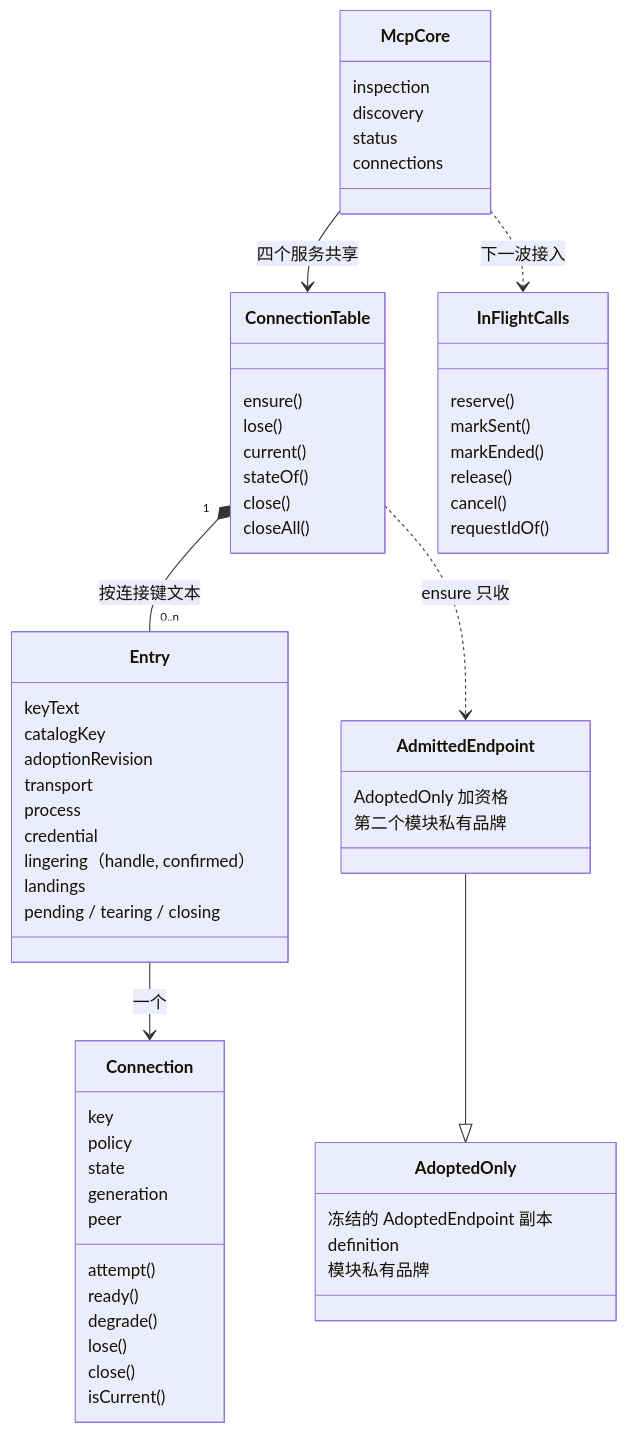
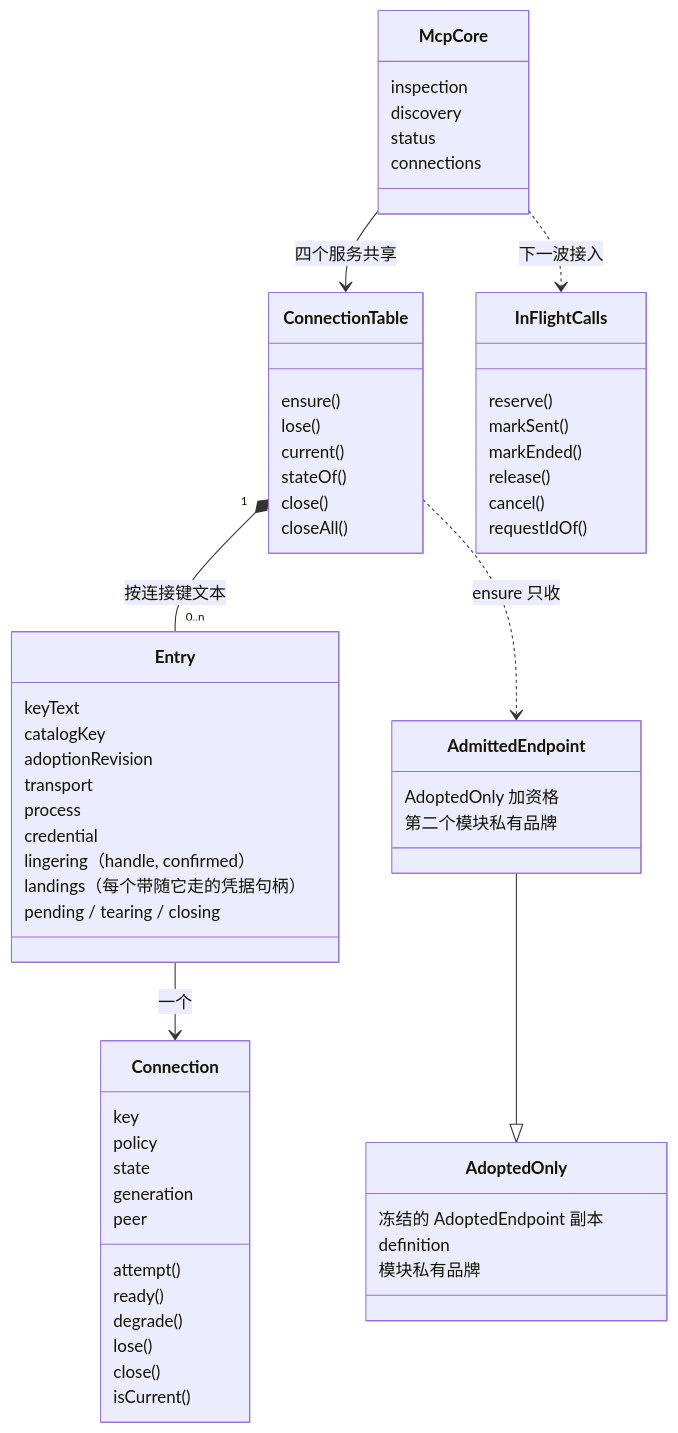
The diagram in packages/mcp/mcp/docs/object-model.md (nemori-ai/omne-harness-lite), drawn with Mermaid before and after one commit. The commit also changed other lines of this file and 6 other files, not shown here.

First line of the commit message:
docs(mcp): SPEC 的 MC-14 只写承诺、已知限制补拆除挂起与视图不一致；README 与成员 docs 同步第 2 轮（#1119）

````diff
--- a/packages/mcp/mcp/docs/object-model.md
+++ b/packages/mcp/mcp/docs/object-model.md
@@ -7,64 +7,64 @@
 ```mermaid
 classDiagram
     class McpCore {
         inspection
         discovery
         status
         connections
     }
     class ConnectionTable {
         ensure()
         lose()
         current()
         stateOf()
         close()
         closeAll()
     }
     class Entry {
         keyText
         catalogKey
         adoptionRevision
         transport
         process
         credential
         lingering（handle, confirmed）
-        landings
+        landings（每个带随它走的凭据句柄）
         pending / tearing / closing
     }
     class Connection {
         key
         policy
         state
         generation
         peer
         attempt()
         ready()
         degrade()
         lose()
         close()
         isCurrent()
     }
     class InFlightCalls {
         reserve()
         markSent()
         markEnded()
         release()
         cancel()
         requestIdOf()
     }
     class AdoptedOnly {
         冻结的 AdoptedEndpoint 副本
         definition
         模块私有品牌
     }
     class AdmittedEndpoint {
         AdoptedOnly 加资格
         第二个模块私有品牌
     }
     AdmittedEndpoint --|> AdoptedOnly
     McpCore --> ConnectionTable : 四个服务共享
     ConnectionTable "1" *-- "0..n" Entry : 按连接键文本
     Entry --> Connection : 一个
     ConnectionTable ..> AdmittedEndpoint : ensure 只收
     McpCore ..> InFlightCalls : 下一波接入
 ```
````
